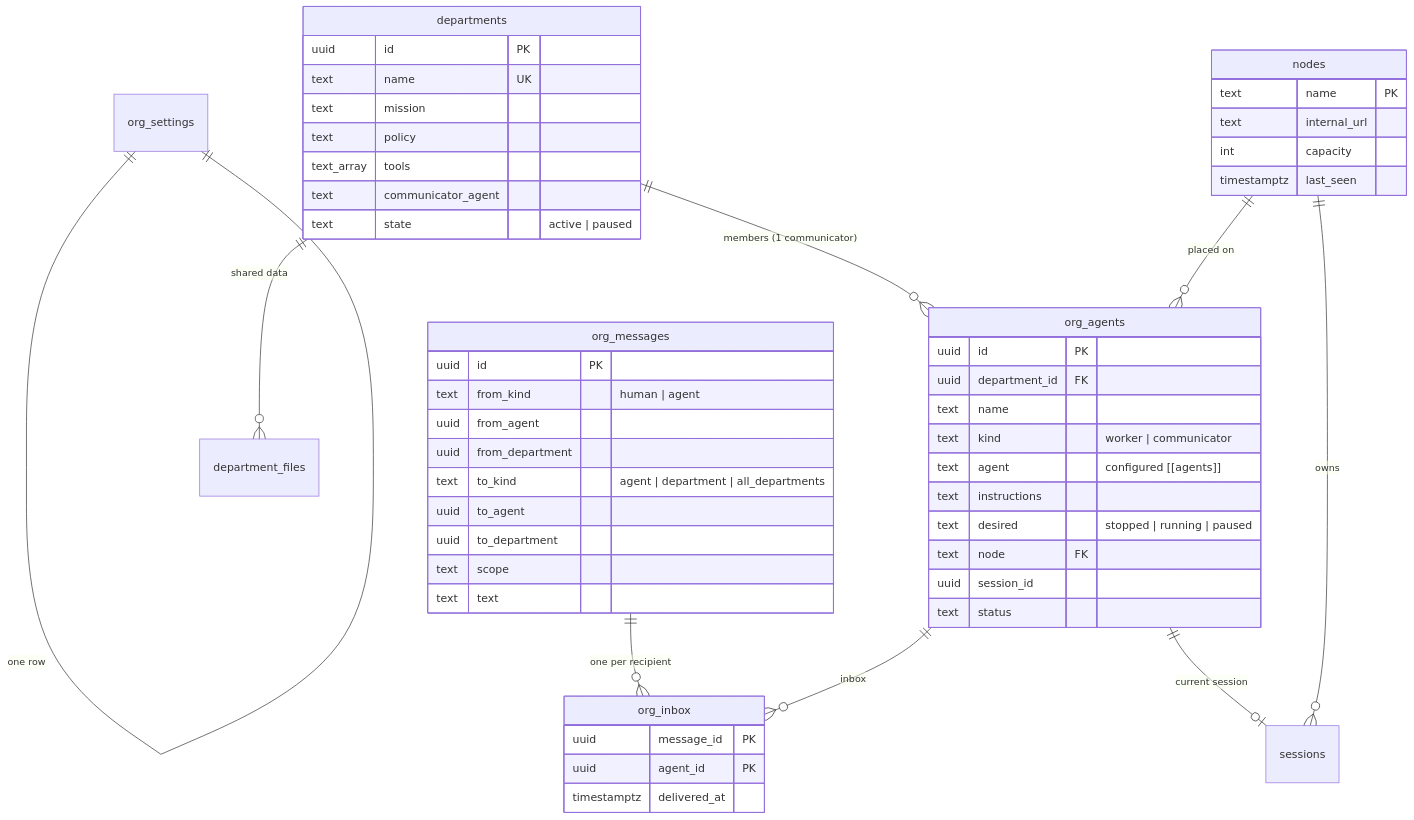
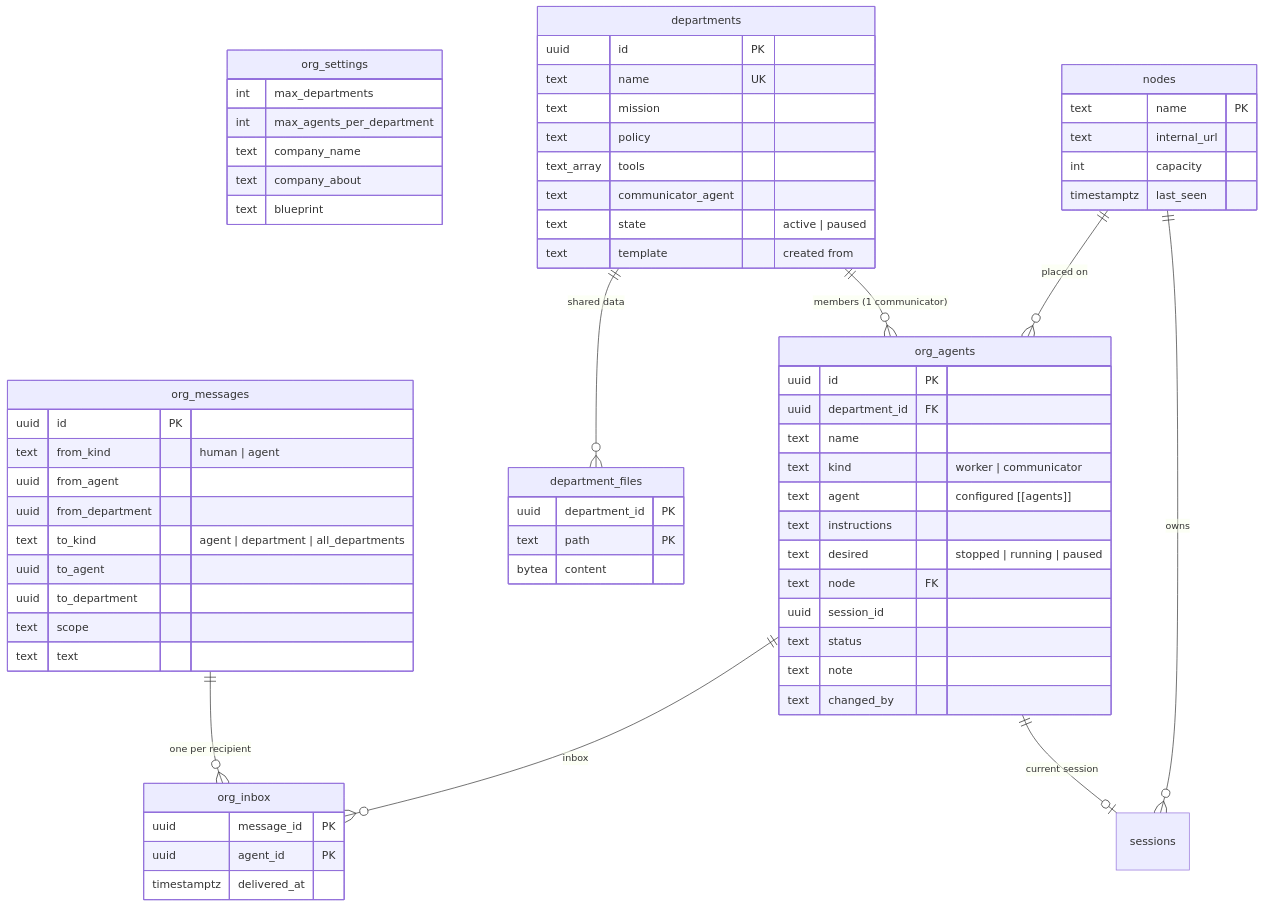
One commit to Jaelse/agentcore changed the eighth of 8 diagrams in docs/MULTI_AGENT.md. Above: the diagram before and after it, drawn with Mermaid. The commit also changed other lines of this file and 7 other files, not shown here.

````diff
--- a/docs/MULTI_AGENT.md
+++ b/docs/MULTI_AGENT.md
@@ -397,55 +449,69 @@
 ```mermaid
 erDiagram
-    org_settings ||--|| org_settings : "one row"
+    org_settings {
+        int max_departments
+        int max_agents_per_department
+        text company_name
+        text company_about
+        text blueprint
+    }
     departments ||--o{ org_agents : "members (1 communicator)"
     departments ||--o{ department_files : "shared data"
     org_agents ||--o| sessions : "current session"
     org_messages ||--o{ org_inbox : "one per recipient"
     org_agents ||--o{ org_inbox : "inbox"
     nodes ||--o{ org_agents : "placed on"
     nodes ||--o{ sessions : "owns"
 
     departments {
         uuid id PK
         text name UK
         text mission
         text policy
         text_array tools
         text communicator_agent
         text state "active | paused"
+        text template "created from"
     }
     org_agents {
         uuid id PK
         uuid department_id FK
         text name
         text kind "worker | communicator"
         text agent "configured [[agents]]"
         text instructions
         text desired "stopped | running | paused"
         text node FK
         uuid session_id
         text status
+        text note
+        text changed_by
     }
     org_messages {
         uuid id PK
         text from_kind "human | agent"
         uuid from_agent
         uuid from_department
         text to_kind "agent | department | all_departments"
         uuid to_agent
         uuid to_department
         text scope
         text text
     }
     org_inbox {
         uuid message_id PK
         uuid agent_id PK
         timestamptz delivered_at
     }
+    department_files {
+        uuid department_id PK
+        text path PK
+        bytea content
+    }
     nodes {
         text name PK
         text internal_url
         int capacity
         timestamptz last_seen
     }
 ```
````
